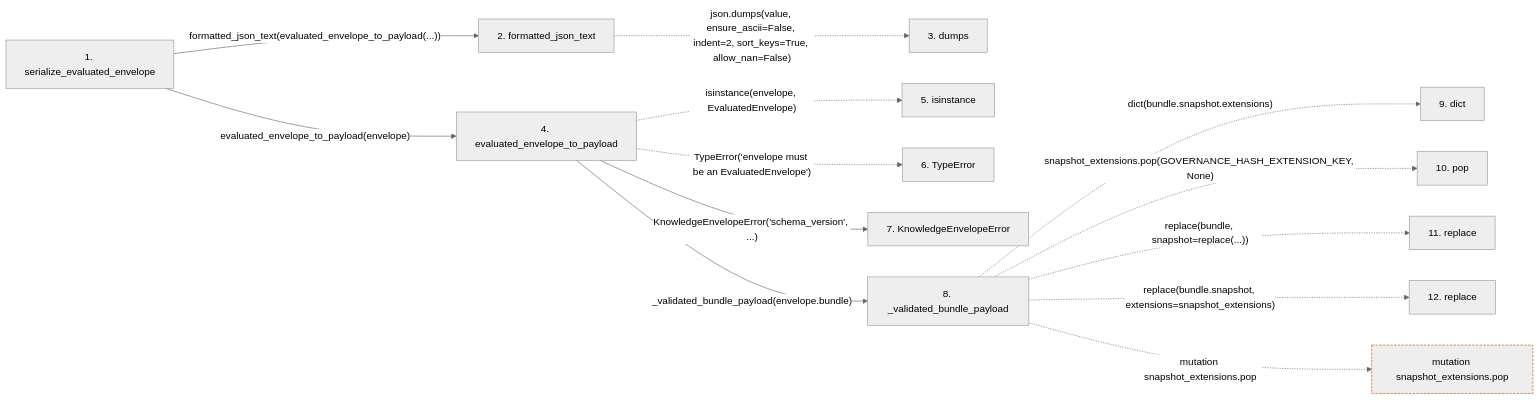
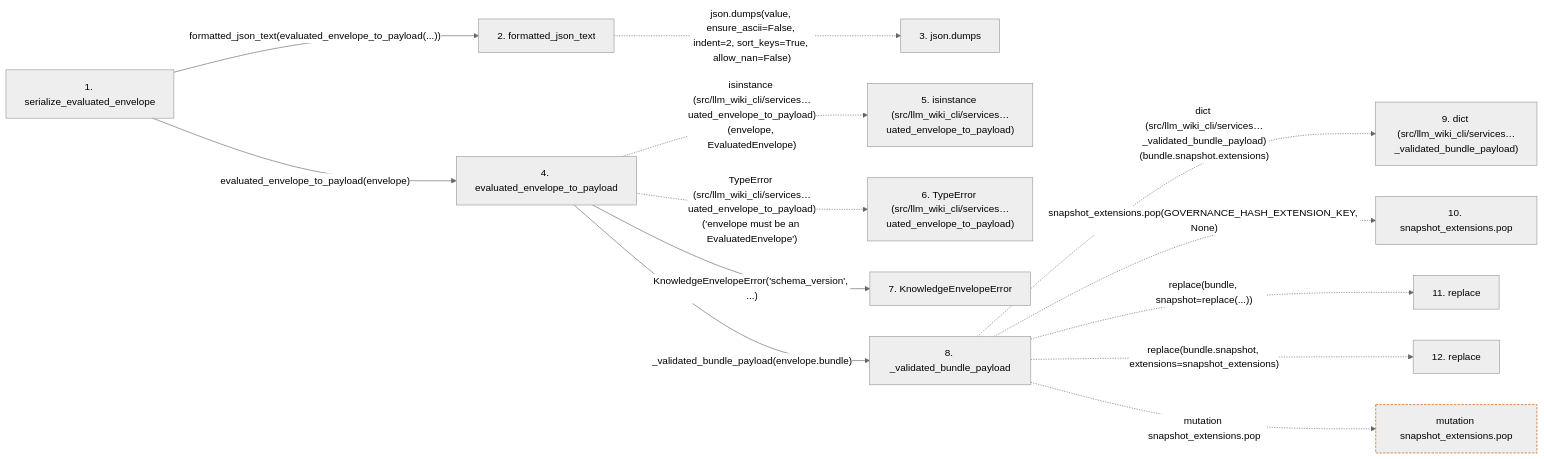
The second of 2 diagrams in docs/llm_wiki/flows/api-serialize_evaluated_envelope.md (Denissvgn/python-wiki-llm), drawn with Mermaid (neutral theme) before and after one commit. The commit also changed other lines of this file and 719 other files, not shown here.

````diff
--- a/docs/llm_wiki/flows/api-serialize_evaluated_envelope.md
+++ b/docs/llm_wiki/flows/api-serialize_evaluated_envelope.md
@@ -84,35 +89,35 @@
 ```mermaid
 flowchart LR
     s1["1. serialize_evaluated_envelope"]
     s2["2. formatted_json_text"]
-    s3["3. dumps"]
+    s3["3. json.dumps"]
     s4["4. evaluated_envelope_to_payload"]
-    s5["5. isinstance"]
-    s6["6. TypeError"]
+    s5["5. isinstance (src/llm_wiki_cli/services…uated_envelope_to_payload)"]
+    s6["6. TypeError (src/llm_wiki_cli/services…uated_envelope_to_payload)"]
     s7["7. KnowledgeEnvelopeError"]
     s8["8. _validated_bundle_payload"]
-    s9["9. dict"]
-    s10["10. pop"]
+    s9["9. dict (src/llm_wiki_cli/services…_validated_bundle_payload)"]
+    s10["10. snapshot_extensions.pop"]
     s11["11. replace"]
     s12["12. replace"]
     s1 -->|"formatted_json_text(evaluated_envelope_to_payload(...))"| s2
     s2 -. "json.dumps(value, ensure_ascii=False, indent=2, sort_keys=True, allow_nan=False)" .-> s3
     s1 -->|"evaluated_envelope_to_payload(envelope)"| s4
-    s4 -. "isinstance(envelope, EvaluatedEnvelope)" .-> s5
-    s4 -. "TypeError('envelope must be an EvaluatedEnvelope')" .-> s6
+    s4 -. "isinstance (src/llm_wiki_cli/services…uated_envelope_to_payload)(envelope, EvaluatedEnvelope)" .-> s5
+    s4 -. "TypeError (src/llm_wiki_cli/services…uated_envelope_to_payload)('envelope must be an EvaluatedEnvelope')" .-> s6
     s4 -->|"KnowledgeEnvelopeError('schema_version', ...)"| s7
     s4 -->|"_validated_bundle_payload(envelope.bundle)"| s8
-    s8 -. "dict(bundle.snapshot.extensions)" .-> s9
+    s8 -. "dict (src/llm_wiki_cli/services…_validated_bundle_payload)(bundle.snapshot.extensions)" .-> s9
     s8 -. "snapshot_extensions.pop(GOVERNANCE_HASH_EXTENSION_KEY, None)" .-> s10
     s8 -. "replace(bundle, snapshot=replace(...))" .-> s11
     s8 -. "replace(bundle.snapshot, extensions=snapshot_extensions)" .-> s12
     b0["mutation snapshot_extensions.pop"]
     s8 -. "mutation snapshot_extensions.pop" .-> b0
     click s1 "../modules/knowledge_envelope.md"
     click s2 "../modules/knowledge_evidence.md"
     click s4 "../modules/knowledge_envelope.md"
     click s7 "../modules/knowledge_envelope.md"
     click s8 "../modules/knowledge_envelope.md"
     classDef boundary stroke:#b45309,stroke-dasharray: 4 2
     class b0 boundary
 ```
````
